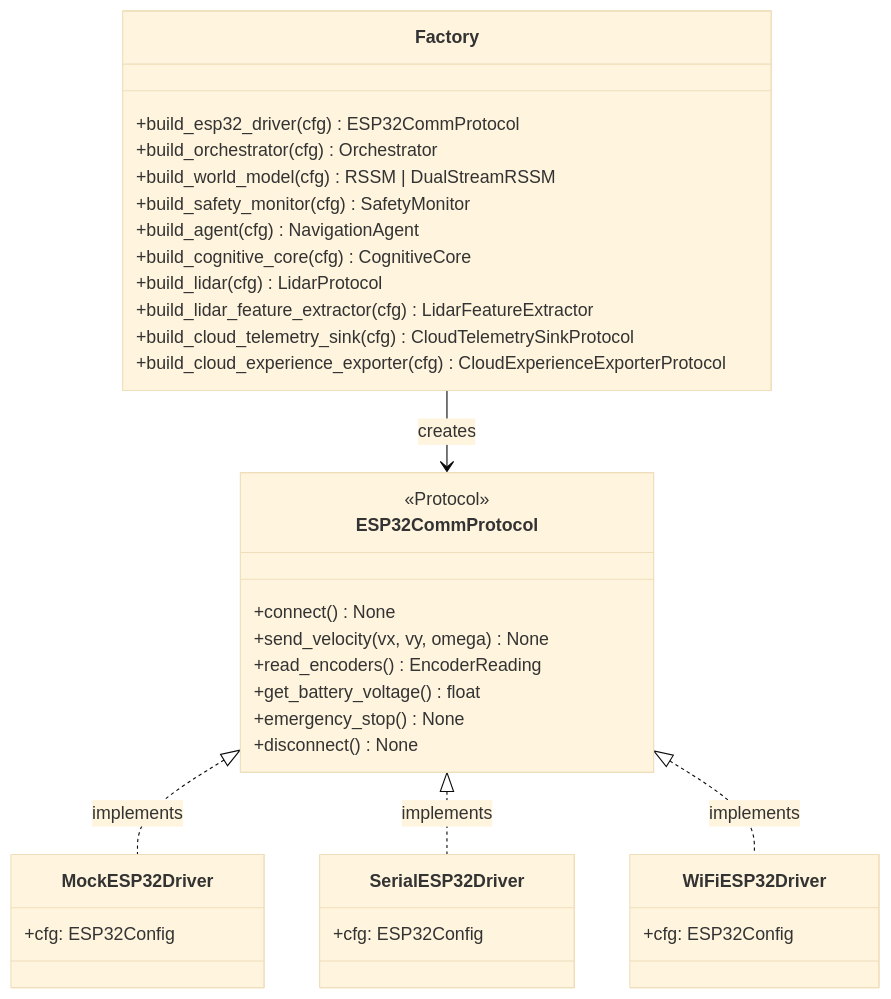
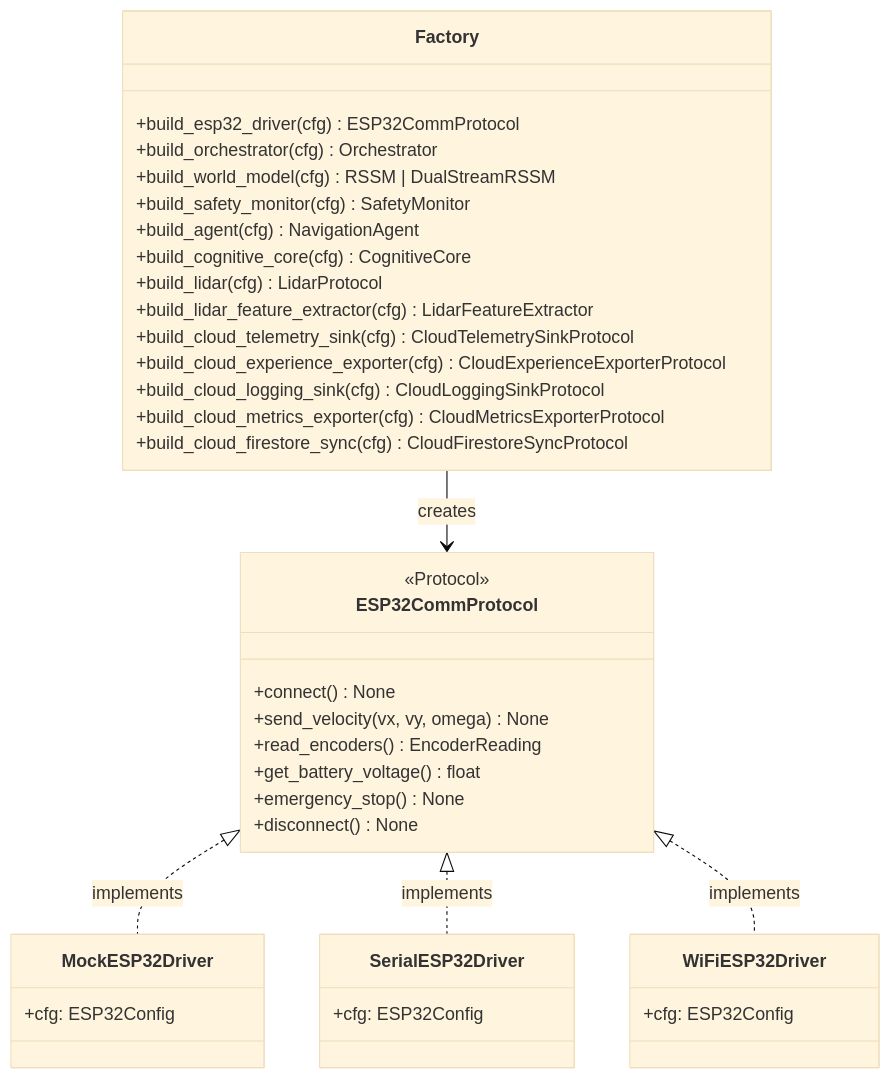
Before and after one commit to ianshank/Mouse-Droid-AGI: diagram 13 of 21 in docs/architecture.md, drawn with Mermaid (base theme). The commit also changed other lines of this file and 11 other files, not shown here.

````diff
--- a/docs/architecture.md
+++ b/docs/architecture.md
@@ -769,38 +778,41 @@
 ```mermaid
 classDiagram
     class ESP32CommProtocol {
         <<Protocol>>
         +connect() None
         +send_velocity(vx, vy, omega) None
         +read_encoders() EncoderReading
         +get_battery_voltage() float
         +emergency_stop() None
         +disconnect() None
     }
     class MockESP32Driver {
         +cfg: ESP32Config
     }
     class SerialESP32Driver {
         +cfg: ESP32Config
     }
     class WiFiESP32Driver {
         +cfg: ESP32Config
     }
     class Factory {
         +build_esp32_driver(cfg) ESP32CommProtocol
         +build_orchestrator(cfg) Orchestrator
         +build_world_model(cfg) RSSM | DualStreamRSSM
         +build_safety_monitor(cfg) SafetyMonitor
         +build_agent(cfg) NavigationAgent
         +build_cognitive_core(cfg) CognitiveCore
         +build_lidar(cfg) LidarProtocol
         +build_lidar_feature_extractor(cfg) LidarFeatureExtractor
         +build_cloud_telemetry_sink(cfg) CloudTelemetrySinkProtocol
         +build_cloud_experience_exporter(cfg) CloudExperienceExporterProtocol
+        +build_cloud_logging_sink(cfg) CloudLoggingSinkProtocol
+        +build_cloud_metrics_exporter(cfg) CloudMetricsExporterProtocol
+        +build_cloud_firestore_sync(cfg) CloudFirestoreSyncProtocol
     }
 
     ESP32CommProtocol <|.. MockESP32Driver : implements
     ESP32CommProtocol <|.. SerialESP32Driver : implements
     ESP32CommProtocol <|.. WiFiESP32Driver : implements
     Factory --> ESP32CommProtocol : creates
 ```
````
